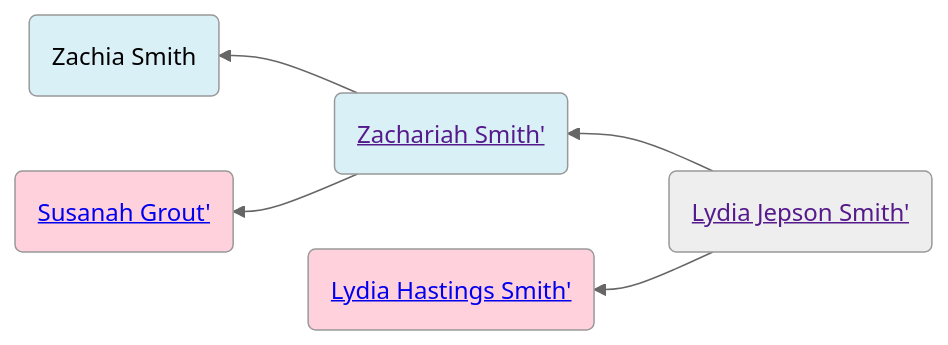
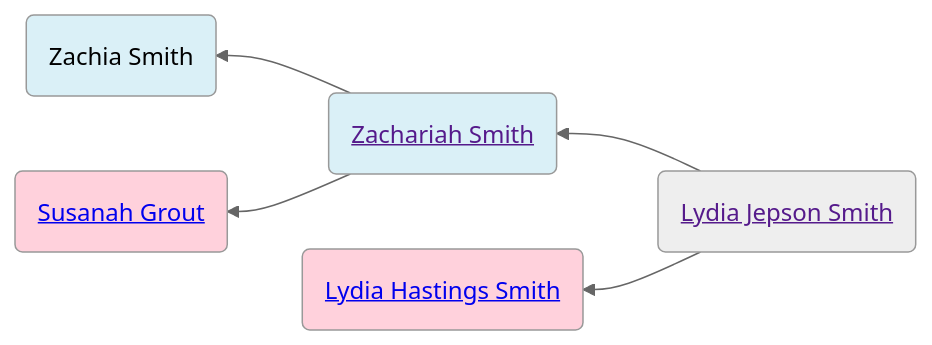
The first of 2 diagrams in familyhistory/sources/people/Merrill-line/White-line/Candace-Smith-line/Lydia_Jepson_Smith.qmd (neelsmith/avocational), drawn with Mermaid (neutral theme) before and after one commit. The commit also changed other lines of this file and 96 other files, not shown here.

````diff
--- a/familyhistory/sources/people/Merrill-line/White-line/Candace-Smith-line/Lydia_Jepson_Smith.qmd
+++ b/familyhistory/sources/people/Merrill-line/White-line/Candace-Smith-line/Lydia_Jepson_Smith.qmd
@@ -26,16 +26,16 @@
 ```{mermaid}
 graph RL
 %% RL ancestor diagram
-Lydia_Jepson_Smith(<a href=''>Lydia Jepson Smith'</>) -->  Zachariah_Smith(<a href='./Zachariah_Smith.html'>Zachariah Smith'</>)
-Zachariah_Smith(<a href=''>Zachariah Smith'</>) -->  Zachia_Smith(Zachia Smith)
+Lydia_Jepson_Smith(<a href=''>Lydia Jepson Smith</a>) -->  Zachariah_Smith(<a href='./Zachariah_Smith.html'>Zachariah Smith</a>)
+Zachariah_Smith(<a href=''>Zachariah Smith</a>) -->  Zachia_Smith(Zachia Smith)
 class Zachia_Smith father
-Zachariah_Smith(<a href=''>Zachariah Smith'</>)  --> Susanah_Grout(<a href='./../../Susanah_Grout.html'>Susanah Grout'</>)
+Zachariah_Smith(<a href=''>Zachariah Smith</a>)  --> Susanah_Grout(<a href='./../../Susanah_Grout.html'>Susanah Grout</a>)
 class Susanah_Grout mother
 class Zachariah_Smith father
-Lydia_Jepson_Smith(<a href=''>Lydia Jepson Smith'</>)  --> Lydia_Hastings_Smith(<a href='./Lydia_Hastings_Smith.html'>Lydia Hastings Smith'</>)
+Lydia_Jepson_Smith(<a href=''>Lydia Jepson Smith</a>)  --> Lydia_Hastings_Smith(<a href='./Lydia_Hastings_Smith.html'>Lydia Hastings Smith</a>)
 class Lydia_Hastings_Smith mother
 classDef mother fill:#ffd1dc
 classDef father fill:#daf0f7  
 classDef marriage fill:#ffffff
 
 ```
````
